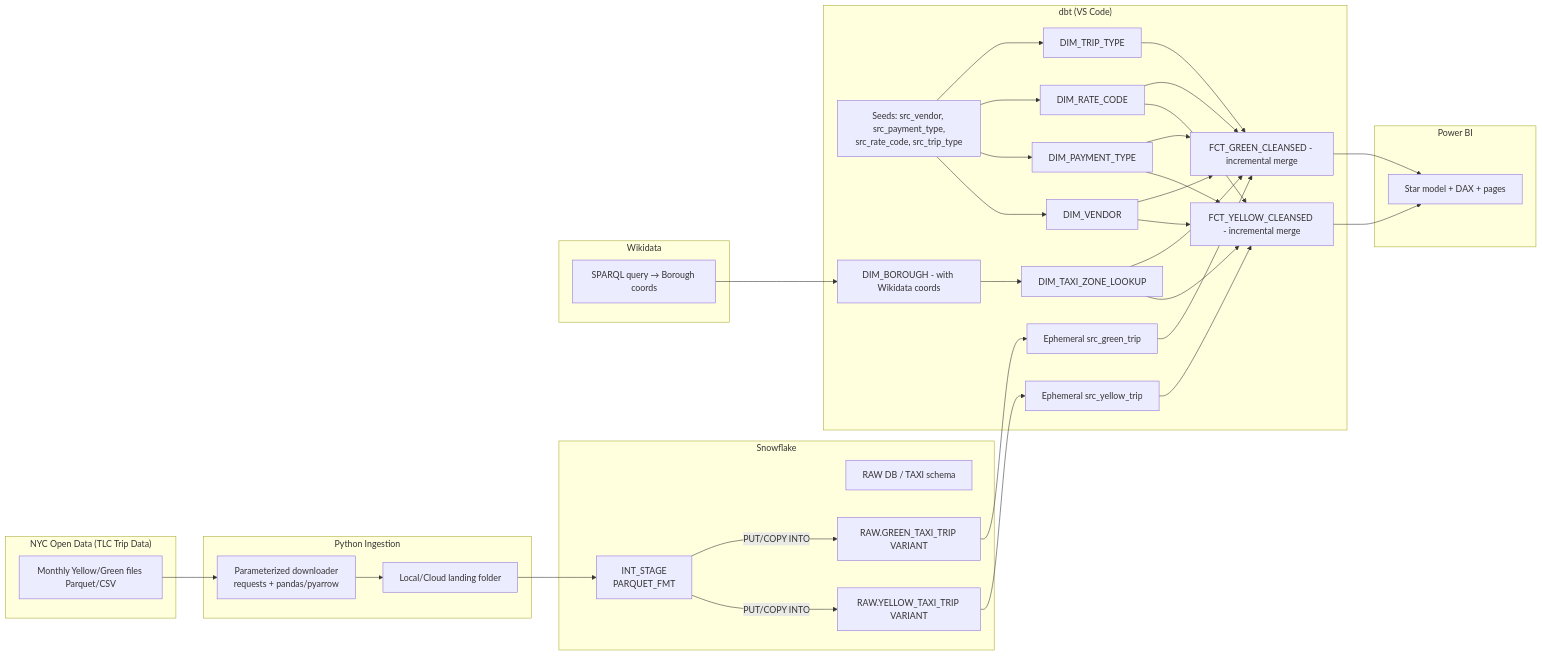
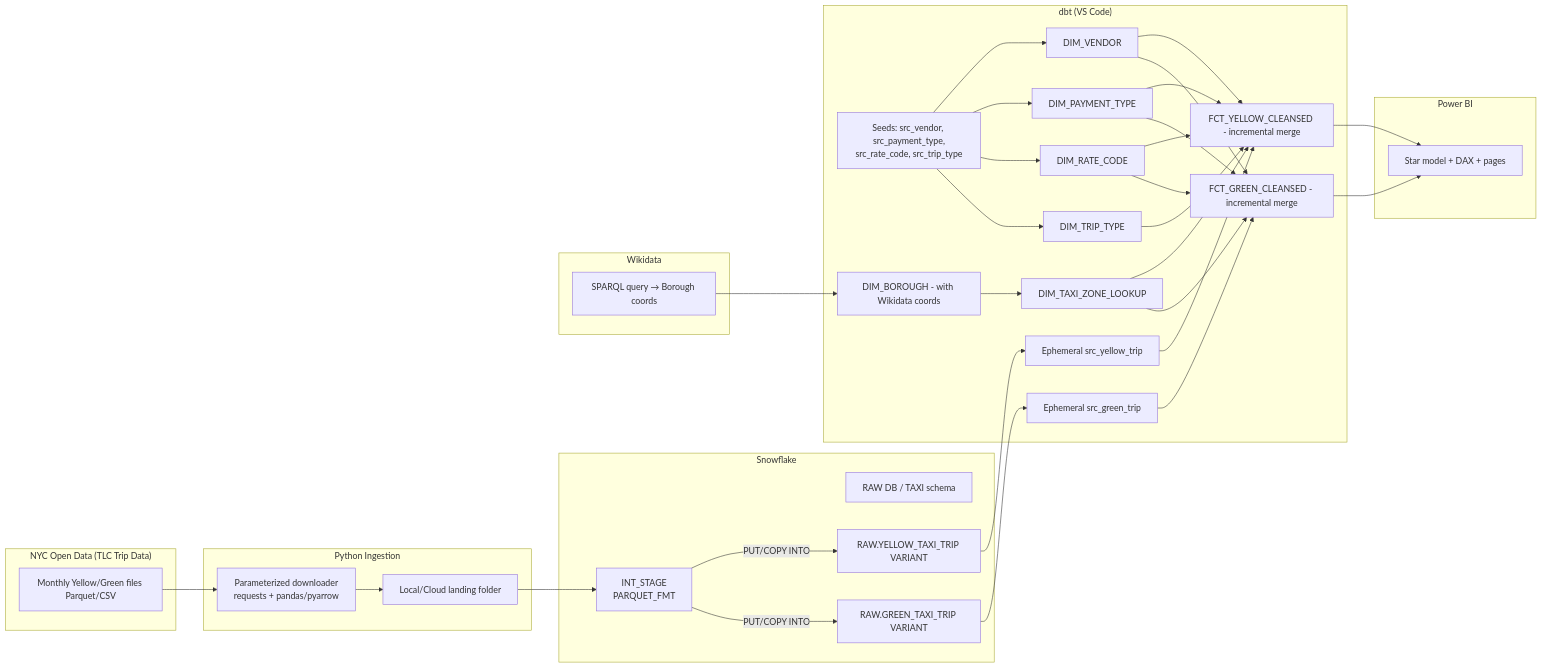
Before and after one commit to Bensha93/nyc-taxi-dbt-snowflakes-: the first of 3 diagrams in README.md, drawn with Mermaid.

````diff
--- a/README.md
+++ b/README.md
@@ -22,55 +22,55 @@
 ```mermaid
 flowchart LR
   subgraph Web["NYC Open Data (TLC Trip Data)"]
     A[Monthly Yellow/Green files Parquet/CSV]
   end
 
   subgraph Py["Python Ingestion"]
     B[Parameterized downloader<br/>requests + pandas/pyarrow]
     B2[Local/Cloud landing folder]
   end
 
   subgraph SF["Snowflake"]
     C[RAW DB / TAXI schema]
     S[INT_STAGE<br/> PARQUET_FMT]
     RY[RAW.YELLOW_TAXI_TRIP VARIANT]
     RG[RAW.GREEN_TAXI_TRIP VARIANT]
   end
 
   subgraph DBT["dbt (VS Code)"]
     E1[Ephemeral src_yellow_trip]
     E2[Ephemeral src_green_trip]
     L1[Seeds: src_vendor, src_payment_type,<br/>src_rate_code, src_trip_type]
     D1[DIM_VENDOR]
     D2[DIM_PAYMENT_TYPE]
     D3[DIM_RATE_CODE]
     D4[DIM_TRIP_TYPE]
     DZ[DIM_TAXI_ZONE_LOOKUP]
     DBORO[DIM_BOROUGH - with Wikidata coords]
     FY[FCT_YELLOW_CLEANSED - incremental merge]
     FG[FCT_GREEN_CLEANSED - incremental merge]
   end
 
   subgraph GEO["Wikidata"]
     WQ[SPARQL query → Borough coords]
   end
 
   subgraph BI["Power BI"]
     PB[Star model + DAX + pages]
   end
 
   A --> B --> B2 --> S
   S -->|PUT/COPY INTO| RY
   S -->|PUT/COPY INTO| RG
   WQ --> DBORO
   RY --> E1 --> FY
   RG --> E2 --> FG
   L1 --> D1 & D2 & D3 & D4
-  D1 & D2 & D3 --> FY
-  D1 & D2 & D3 & D4 --> FG
+  D1 & D2 & D3 & D4 --> FY
+  D1 & D2 & D3 --> FG
   DZ --> FY
   DZ --> FG
   DBORO --> DZ
   FY --> PB
   FG --> PB
 ```
````
